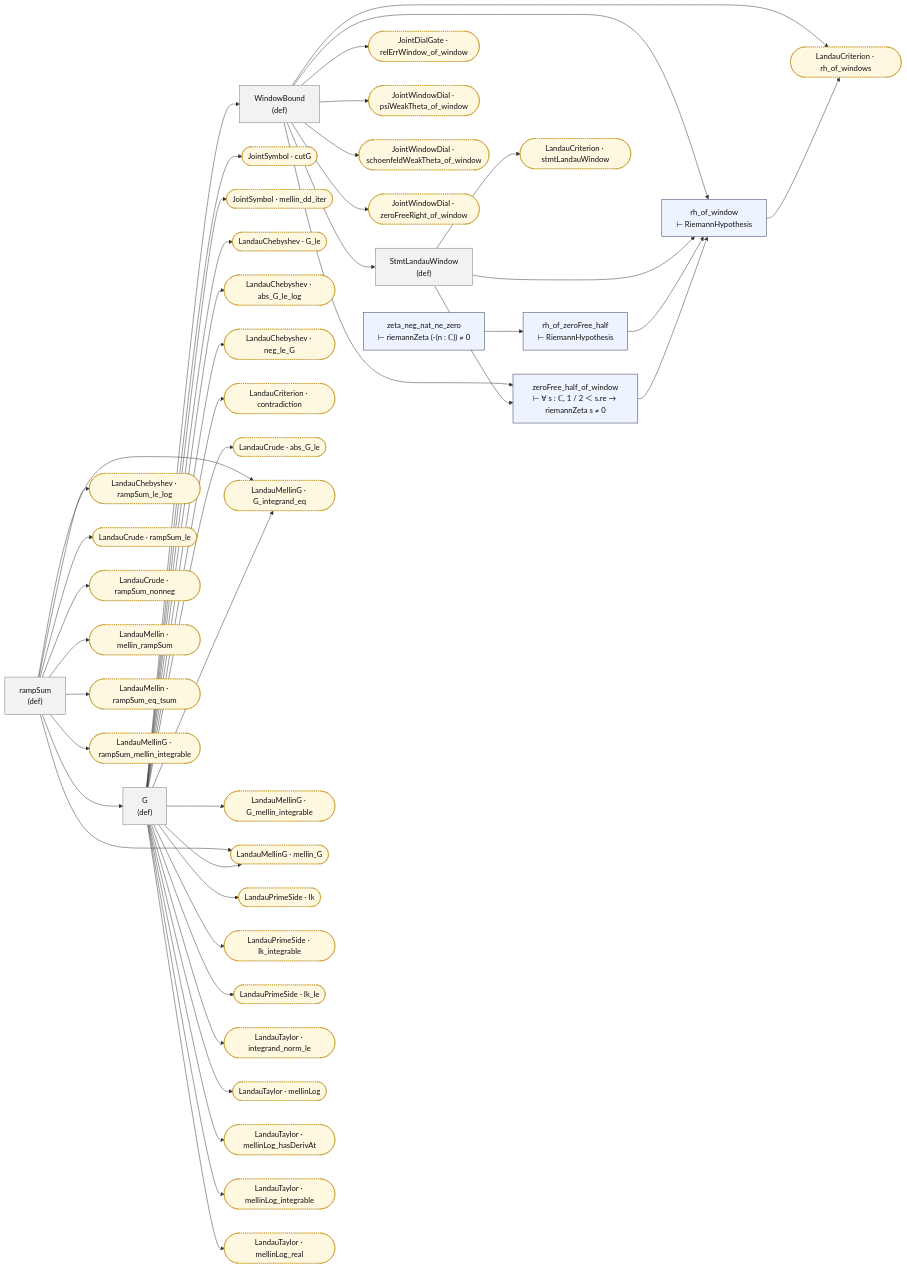
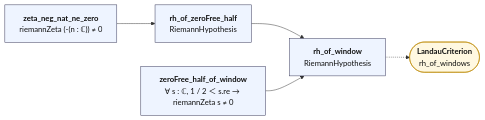
One commit to juliansambranojr/Primebeat_081426 changed the diagram in map/lean_stage3/LandauWindow.md. Above: the diagram before and after it, drawn with Mermaid. The commit also changed other lines of this file and 387 other files, not shown here.

````diff
--- a/map/lean_stage3/LandauWindow.md
+++ b/map/lean_stage3/LandauWindow.md
@@ -8,90 +12,17 @@
 ```mermaid
 flowchart LR
-  n0["rampSum<br/>(def)"]:::dfn
-  n1["G<br/>(def)"]:::dfn
-  n2["WindowBound<br/>(def)"]:::dfn
-  n3["StmtLandauWindow<br/>(def)"]:::dfn
-  n4["zeta_neg_nat_ne_zero<br/>⊢ riemannZeta (-(n : ℂ)) ≠ 0"]:::thm
-  n5["rh_of_zeroFree_half<br/>⊢ RiemannHypothesis"]:::thm
-  n6["zeroFree_half_of_window<br/>⊢ ∀ s : ℂ, 1 / 2 ＜ s.re → riemannZeta s ≠ 0"]:::thm
-  n7["rh_of_window<br/>⊢ RiemannHypothesis"]:::thm
-  x0(["JointDialGate · relErrWindow_of_window"]):::ext
-  x1(["JointSymbol · cutG"]):::ext
-  x2(["JointSymbol · mellin_dd_iter"]):::ext
-  x3(["JointWindowDial · psiWeakTheta_of_window"]):::ext
-  x4(["JointWindowDial · schoenfeldWeakTheta_of_window"]):::ext
-  x5(["JointWindowDial · zeroFreeRight_of_window"]):::ext
-  x6(["LandauChebyshev · G_le"]):::ext
-  x7(["LandauChebyshev · abs_G_le_log"]):::ext
-  x8(["LandauChebyshev · neg_le_G"]):::ext
-  x9(["LandauChebyshev · rampSum_le_log"]):::ext
-  x10(["LandauCriterion · contradiction"]):::ext
-  x11(["LandauCriterion · rh_of_windows"]):::ext
-  x12(["LandauCriterion · stmtLandauWindow"]):::ext
-  x13(["LandauCrude · abs_G_le"]):::ext
-  x14(["LandauCrude · rampSum_le"]):::ext
-  x15(["LandauCrude · rampSum_nonneg"]):::ext
-  x16(["LandauMellin · mellin_rampSum"]):::ext
-  x17(["LandauMellin · rampSum_eq_tsum"]):::ext
-  x18(["LandauMellinG · G_integrand_eq"]):::ext
-  x19(["LandauMellinG · G_mellin_integrable"]):::ext
-  x20(["LandauMellinG · mellin_G"]):::ext
-  x21(["LandauMellinG · rampSum_mellin_integrable"]):::ext
-  x22(["LandauPrimeSide · Ik"]):::ext
-  x23(["LandauPrimeSide · Ik_integrable"]):::ext
-  x24(["LandauPrimeSide · Ik_le"]):::ext
-  x25(["LandauTaylor · integrand_norm_le"]):::ext
-  x26(["LandauTaylor · mellinLog"]):::ext
-  x27(["LandauTaylor · mellinLog_hasDerivAt"]):::ext
-  x28(["LandauTaylor · mellinLog_integrable"]):::ext
-  x29(["LandauTaylor · mellinLog_real"]):::ext
+  n0["<b>zeta_neg_nat_ne_zero</b><br/>riemannZeta (-(n : ℂ)) ≠ 0"]:::thm
+  n1["<b>rh_of_zeroFree_half</b><br/>RiemannHypothesis"]:::thm
+  n2["<b>zeroFree_half_of_window</b><br/>∀ s : ℂ, 1 / 2 ＜ s.re → riemannZeta s ≠ 0"]:::thm
+  n3["<b>rh_of_window</b><br/>RiemannHypothesis"]:::thm
+  x0(["<b>LandauCriterion</b><br/>rh_of_windows"]):::ext
   n0 --> n1
-  n0 --> x14
-  n0 --> x15
-  n0 --> x16
-  n0 --> x17
-  n0 --> x18
-  n0 --> x20
-  n0 --> x21
-  n0 --> x9
-  n1 --> n2
-  n1 --> x1
-  n1 --> x10
-  n1 --> x13
-  n1 --> x18
-  n1 --> x19
-  n1 --> x2
-  n1 --> x20
-  n1 --> x22
-  n1 --> x23
-  n1 --> x24
-  n1 --> x25
-  n1 --> x26
-  n1 --> x27
-  n1 --> x28
-  n1 --> x29
-  n1 --> x6
-  n1 --> x7
-  n1 --> x8
+  n1 --> n3
   n2 --> n3
-  n2 --> n6
-  n2 --> n7
-  n2 --> x0
-  n2 --> x11
-  n2 --> x3
-  n2 --> x4
-  n2 --> x5
-  n3 --> n6
-  n3 --> n7
-  n3 --> x12
-  n4 --> n5
-  n5 --> n7
-  n6 --> n7
-  n7 --> x11
+  n3 -.-> x0
   classDef thm fill:#eef4ff,stroke:#335,color:#111
-  classDef dfn fill:#f2f2f2,stroke:#777,color:#111
   classDef end_ fill:#e7f7e7,stroke:#2a7,color:#111,stroke-width:2px
   classDef lone fill:#fff,stroke:#999,color:#111,stroke-dasharray:4 3
   classDef bad fill:#ffe5e5,stroke:#c22,color:#111,stroke-width:2px
-  classDef ext fill:#fff8e1,stroke:#b80,color:#111,stroke-dasharray:2 2
+  classDef ext fill:#fff8e1,stroke:#b80,color:#111
 ```
````
